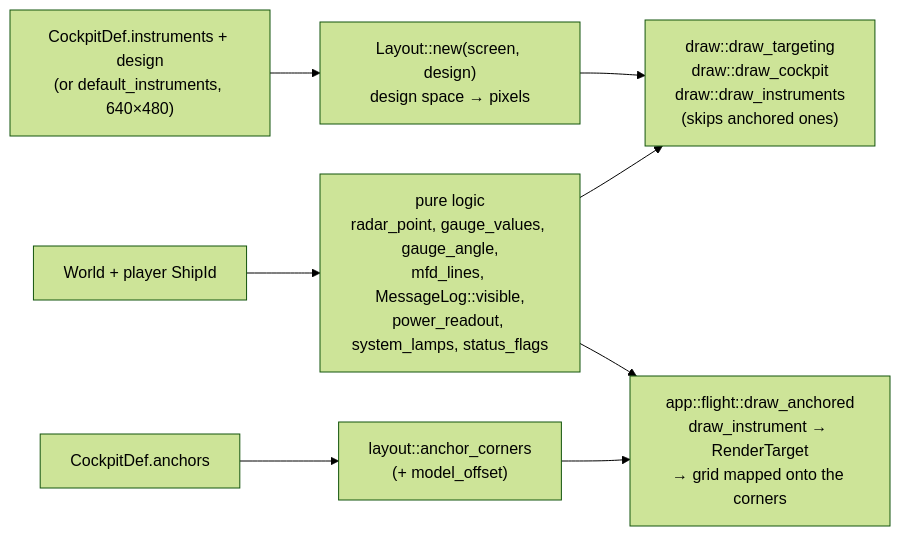
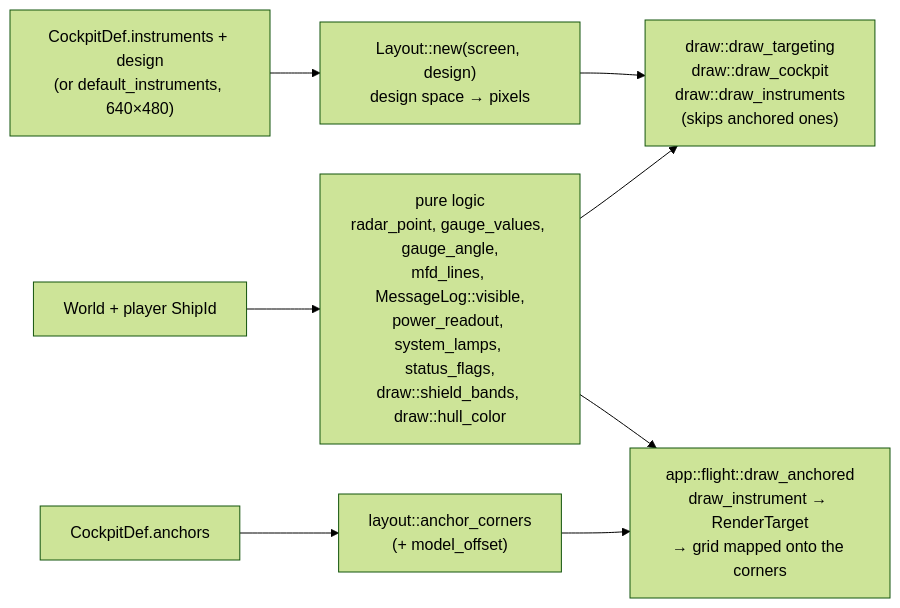
The diagram in docs/implementation/architecture/hud.md (bbogovich/OpenInterceptor), drawn with Mermaid (forest theme) before and after one commit. The commit also changed other lines of this file and 35 other files, not shown here.

First line of the commit message:
Spec 1.17.0, site 0.23.0: durability, ship status, the strategy screen rebuilt (app 0.14.2-0.16.0)

````diff
--- a/docs/implementation/architecture/hud.md
+++ b/docs/implementation/architecture/hud.md
@@ -12,10 +13,10 @@
 ```mermaid
 flowchart LR
-    W["World + player ShipId"] --> L["pure logic<br/>radar_point, gauge_values, gauge_angle,<br/>mfd_lines, MessageLog::visible,<br/>power_readout, system_lamps, status_flags"]
+    W["World + player ShipId"] --> L["pure logic<br/>radar_point, gauge_values, gauge_angle,<br/>mfd_lines, MessageLog::visible,<br/>power_readout, system_lamps, status_flags,<br/>draw::shield_bands, draw::hull_color"]
     CK["CockpitDef.instruments + design<br/>(or default_instruments, 640×480)"] --> LY["Layout::new(screen, design)<br/>design space → pixels"]
     L --> D["draw::draw_targeting<br/>draw::draw_cockpit<br/>draw::draw_instruments<br/>(skips anchored ones)"]
     LY --> D
     AN["CockpitDef.anchors"] --> AC["layout::anchor_corners<br/>(+ model_offset)"]
     AC --> DA["app::flight::draw_anchored<br/>draw_instrument → RenderTarget<br/>→ grid mapped onto the corners"]
     L --> DA
 ```
````
